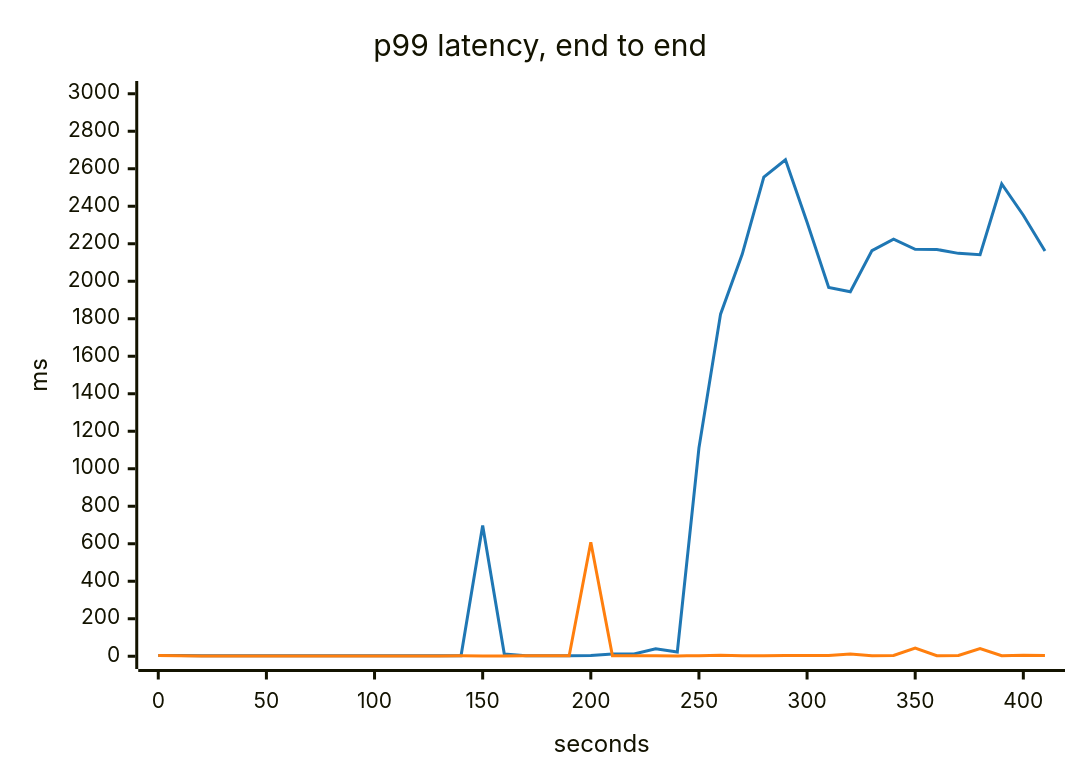
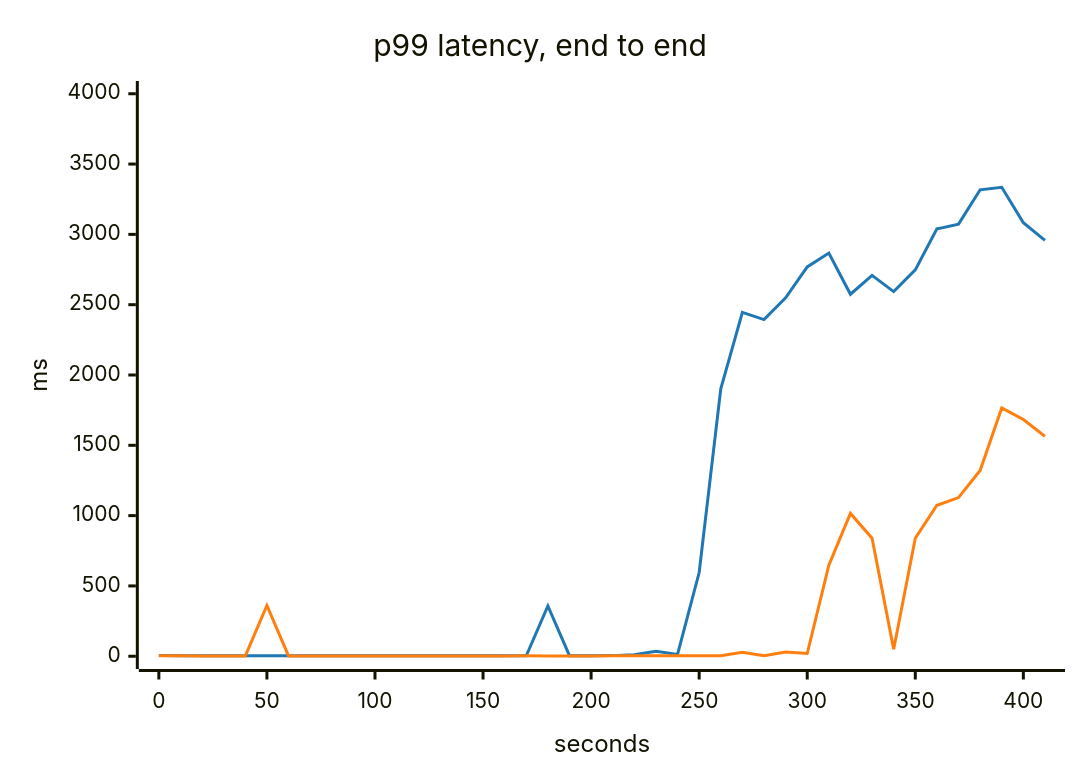
Before and after one commit to akinfemi/load-lore: the second of 2 diagrams in scenarios/when-to-scale-your-database/solutions/one-query-per-page/compare.md, drawn with Mermaid. The commit also changed other lines of this file and 71 other files, not shown here.

````diff
--- a/scenarios/when-to-scale-your-database/solutions/one-query-per-page/compare.md
+++ b/scenarios/when-to-scale-your-database/solutions/one-query-per-page/compare.md
@@ -52,15 +52,15 @@
 ```mermaid
 ---
 config:
   themeVariables:
     xyChart:
       backgroundColor: "transparent"
       plotColorPalette: "#1f77b4, #ff7f0e"
 ---
 xychart-beta
     title "p99 latency, end to end"
     x-axis "seconds" 0 --> 410
-    y-axis "ms" 0 --> 3000
-    line [4.576, 3.761, 3.136, 3.248, 2.551, 2.695, 2.798, 2.675, 2.452, 2.347, 2.662, 2.708, 2.594, 2.393, 2.436, 696.863, 11.617, 2.451, 2.528, 2.934, 4.604, 12.485, 12.577, 39.649, 22.912, 1110.68, 1824.718, 2143.762, 2555.25, 2647.995, 2314.767, 1966.43, 1943.822, 2163.246, 2224.792, 2170.21, 2169.437, 2148.749, 2141.536, 2518.847, 2352.047, 2161.83]
-    line [4.076, 2.19, 1.777, 1.741, 1.59, 1.649, 1.845, 1.777, 1.776, 1.695, 1.641, 1.678, 1.586, 1.584, 2.006, 1.889, 1.96, 2.346, 2.123, 2.192, 608.308, 2.187, 2.202, 2.246, 2.002, 2.682, 5.034, 2.917, 2.338, 3.811, 3.809, 3.562, 12.186, 2.745, 3.974, 43.672, 3.164, 3.851, 41.223, 2.741, 5.346, 4.585]
+    y-axis "ms" 0 --> 4000
+    line [4.879, 3.688, 3.097, 3.002, 3, 3.073, 2.992, 2.986, 2.997, 2.967, 2.987, 3.102, 3.12, 3.279, 3.422, 3.411, 3.423, 3.369, 357.415, 3.844, 3.877, 4.448, 10.579, 34.566, 13.423, 595.363, 1901.259, 2445.075, 2393.578, 2548.622, 2768.541, 2867.222, 2574.209, 2708.093, 2592.994, 2747.355, 3038.948, 3073.071, 3316.966, 3335.182, 3083.322, 2957.882]
+    line [3.777, 2.716, 2.478, 2.441, 2.425, 360.771, 2.23, 2.443, 2.582, 2.289, 2.237, 2.207, 2.172, 2.194, 2.291, 2.424, 2.473, 2.746, 2.633, 2.477, 2.594, 2.769, 2.677, 2.795, 2.748, 2.821, 2.954, 28.235, 3.945, 29.951, 19.52, 647.599, 1015.781, 838.873, 49.813, 838.755, 1073.479, 1128.174, 1320.863, 1765.541, 1683.369, 1563.958]
 ```
````
